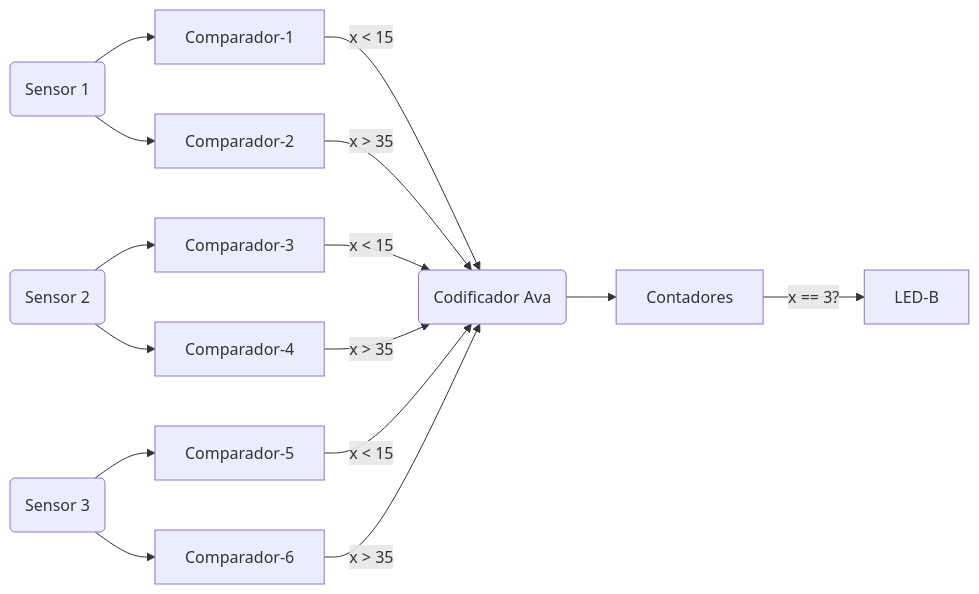
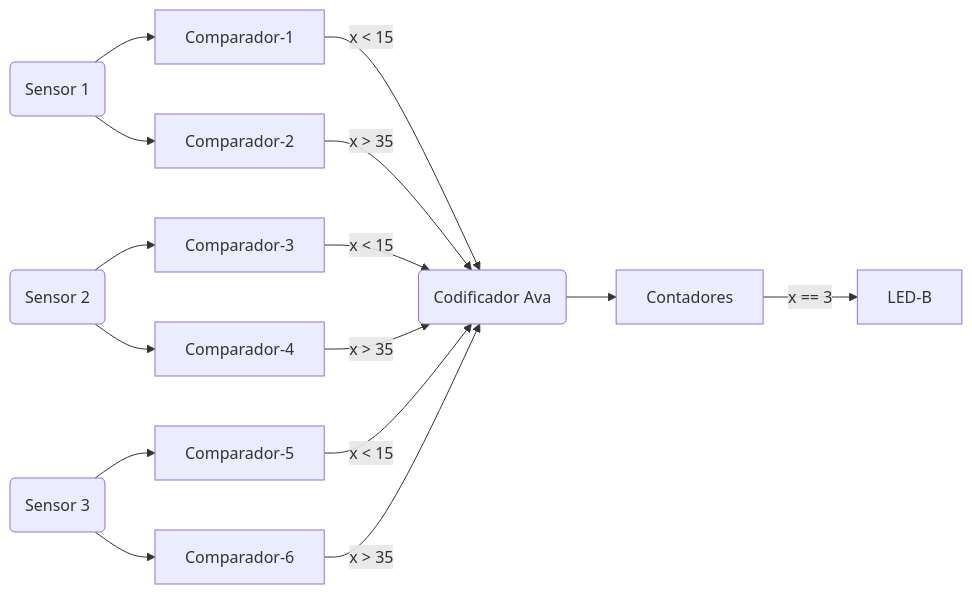
Before and after one commit to Enzo0100/Solar-Quality: the third of 3 diagrams in README.md, drawn with Mermaid.

````diff
--- a/README.md
+++ b/README.md
@@ -171,18 +171,18 @@
 ```mermaid
 graph LR; 
 sensorA(Sensor 1)-->Comparador-1
 sensorA(Sensor 1)-->Comparador-2
 Comparador-1-->|x < 15|cod(Codificador Ava)
 Comparador-2-->|x > 35|cod(Codificador Ava)
 sensorB(Sensor 2)-->Comparador-3
 sensorB(Sensor 2)-->Comparador-4
 Comparador-3-->|x < 15|cod(Codificador Ava)
 Comparador-4-->|x > 35|cod(Codificador Ava)
 sensorC(Sensor 3)-->Comparador-5
 sensorC(Sensor 3)-->Comparador-6
 Comparador-5-->|x < 15|cod(Codificador Ava)
 Comparador-6-->|x > 35|cod(Codificador Ava)
 cod(Codificador Ava) --> Contadores
-Contadores -->|x == 3?|LED-B
+Contadores -->|x == 3|LED-B
 
 ```
````
